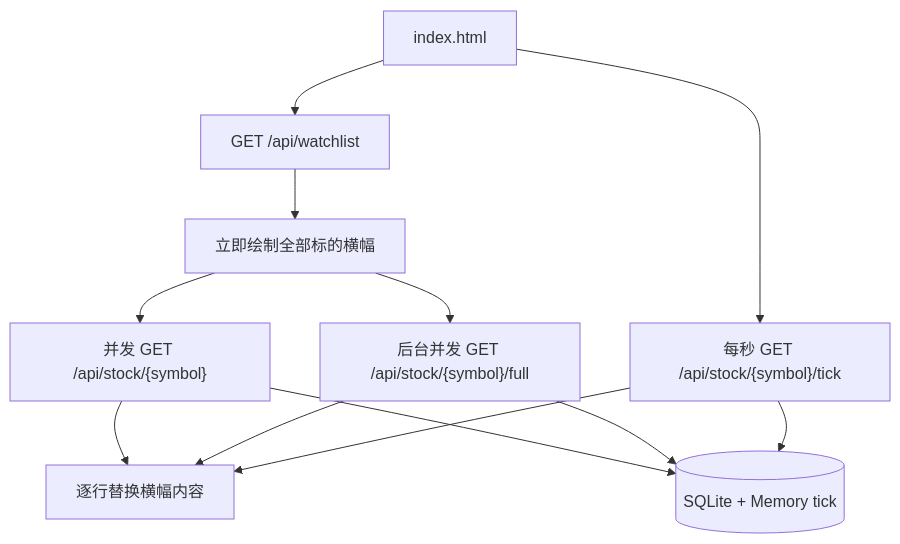
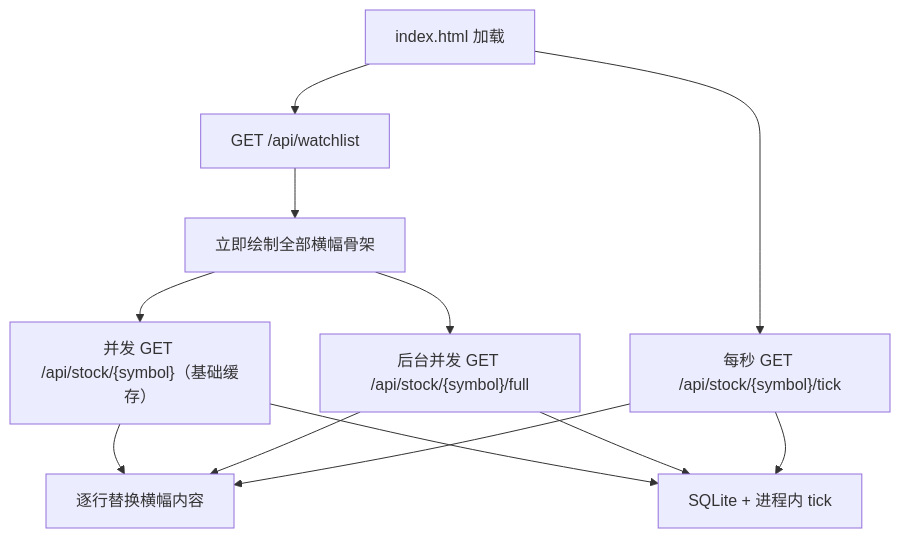
The third of 8 diagrams in ARCHITECTURE.md (RESBI/StockTracing), drawn with Mermaid before and after one commit. The commit also changed other lines of this file and 35 other files, not shown here.

First line of the commit message:
Refactor architecture: DB session mgmt, TTL centralization, circuit breaker, AI persistent queue, Pydantic validation, logging, env config

````diff
--- a/ARCHITECTURE.md
+++ b/ARCHITECTURE.md
@@ -73,23 +541,19 @@
 ```mermaid
 flowchart TD
-    Page[index.html]
-    Watchlist["GET /api/watchlist"]
-    Skeleton[立即绘制全部标的横幅]
-    Basic["并发 GET /api/stock/{symbol}"]
+    Page["index.html 加载"]
+    WL["GET /api/watchlist"]
+    Skeleton["立即绘制全部横幅骨架"]
+    Basic["并发 GET /api/stock/{symbol}（基础缓存）"]
     Full["后台并发 GET /api/stock/{symbol}/full"]
     Tick["每秒 GET /api/stock/{symbol}/tick"]
-    Row[逐行替换横幅内容]
-    Cache[(SQLite + Memory tick)]
+    Render["逐行替换横幅内容"]
+    Cache["SQLite + 进程内 tick"]
 
-    Page --> Watchlist
-    Watchlist --> Skeleton
-    Skeleton --> Basic
-    Basic --> Row
-    Skeleton --> Full
-    Full --> Row
-    Page --> Tick
-    Tick --> Row
+    Page --> WL --> Skeleton
+    Skeleton --> Basic --> Render
+    Skeleton --> Full --> Render
+    Page --> Tick --> Render
     Basic --> Cache
     Full --> Cache
     Tick --> Cache
 ```
````
